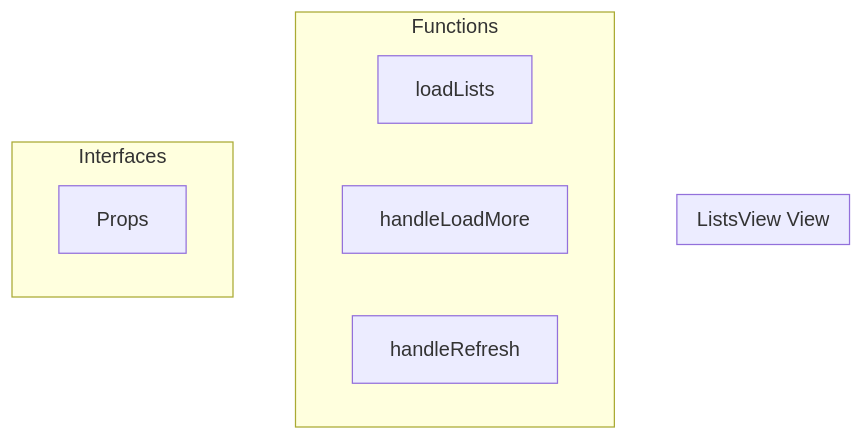
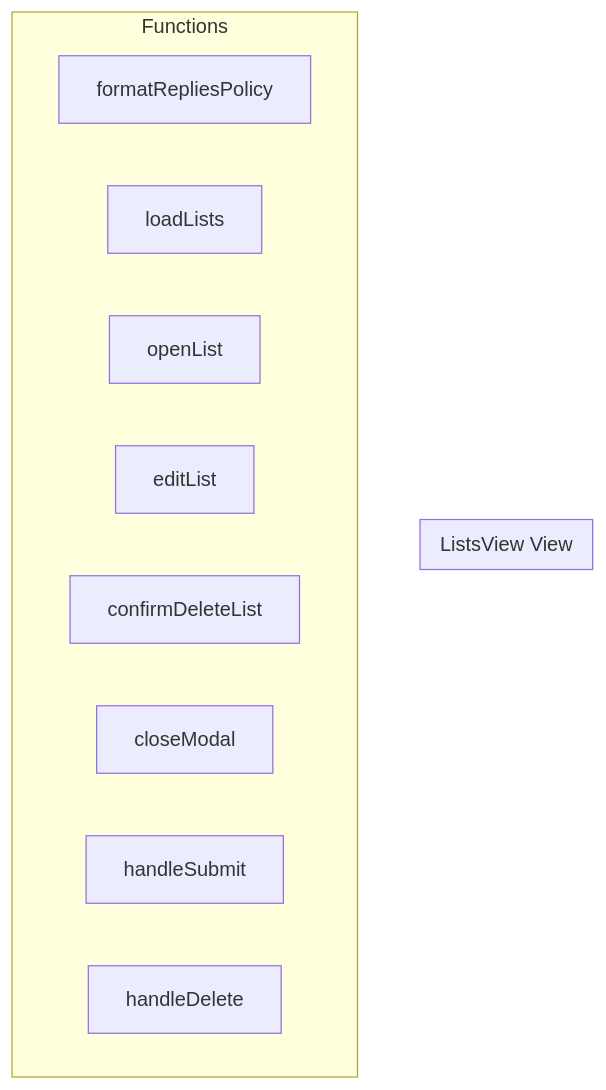
One commit to y4my4my4m/harmony changed the diagram in docs/api/views/listsview.md. Above: the diagram before and after it, drawn with Mermaid. The commit also changed other lines of this file and 211 other files, not shown here.

````diff
--- a/docs/api/views/listsview.md
+++ b/docs/api/views/listsview.md
@@ -7,15 +7,16 @@
 ```mermaid
 graph TB
     subgraph "ListsView View"
     end
     
     subgraph "Functions"
+        FN_FORMATREPLIESPOLICY[formatRepliesPolicy]
         FN_LOADLISTS[loadLists]
-        FN_HANDLELOADMORE[handleLoadMore]
-        FN_HANDLEREFRESH[handleRefresh]
-    end
-    
-    subgraph "Interfaces"
-        INT_PROPS[Props]
+        FN_OPENLIST[openList]
+        FN_EDITLIST[editList]
+        FN_CONFIRMDELETELIST[confirmDeleteList]
+        FN_CLOSEMODAL[closeModal]
+        FN_HANDLESUBMIT[handleSubmit]
+        FN_HANDLEDELETE[handleDelete]
     end
 ```
````
